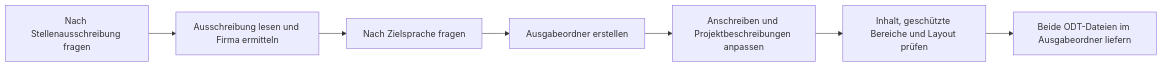
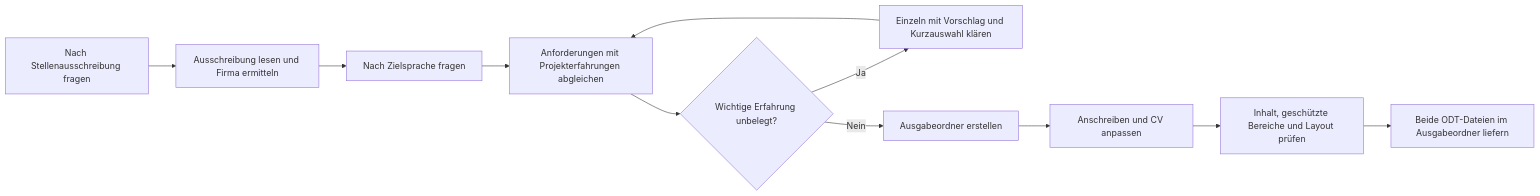
The diagram in bewerbungs-unterlagen-prompt.md (sb-3d/bewerbungen), drawn with Mermaid before and after one commit. The commit also changed other lines of this file and 4 other files, not shown here.

````diff
--- a/bewerbungs-unterlagen-prompt.md
+++ b/bewerbungs-unterlagen-prompt.md
@@ -84,9 +168,13 @@
 ```mermaid
 flowchart LR
     A[Nach Stellenausschreibung fragen] --> B[Ausschreibung lesen und Firma ermitteln]
     B --> C[Nach Zielsprache fragen]
-    C --> D[Ausgabeordner erstellen]
-    D --> E[Anschreiben und Projektbeschreibungen anpassen]
-    E --> F[Inhalt, geschützte Bereiche und Layout prüfen]
-    F --> G[Beide ODT-Dateien im Ausgabeordner liefern]
+    C --> D[Anforderungen mit Projekterfahrungen abgleichen]
+    D --> E{Wichtige Erfahrung unbelegt?}
+    E -->|Ja| F[Einzeln mit Vorschlag und Kurzauswahl klären]
+    F --> D
+    E -->|Nein| G[Ausgabeordner erstellen]
+    G --> H[Anschreiben und CV anpassen]
+    H --> I[Inhalt, geschützte Bereiche und Layout prüfen]
+    I --> J[Beide ODT-Dateien im Ausgabeordner liefern]
 ```
````
